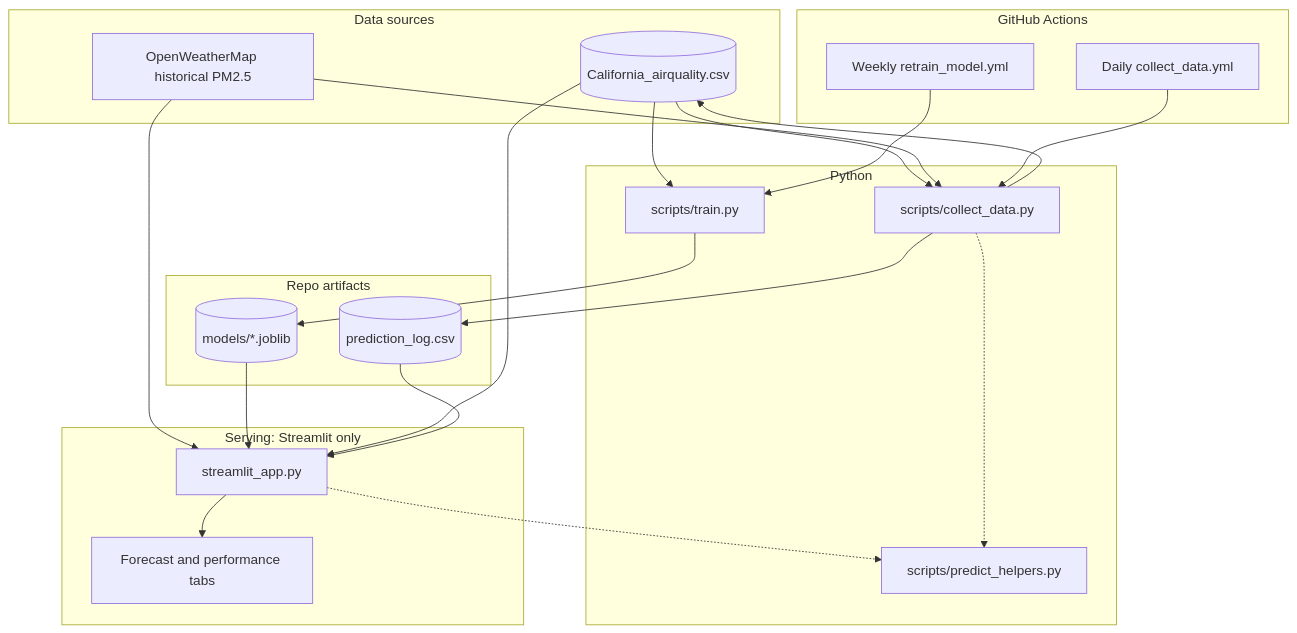
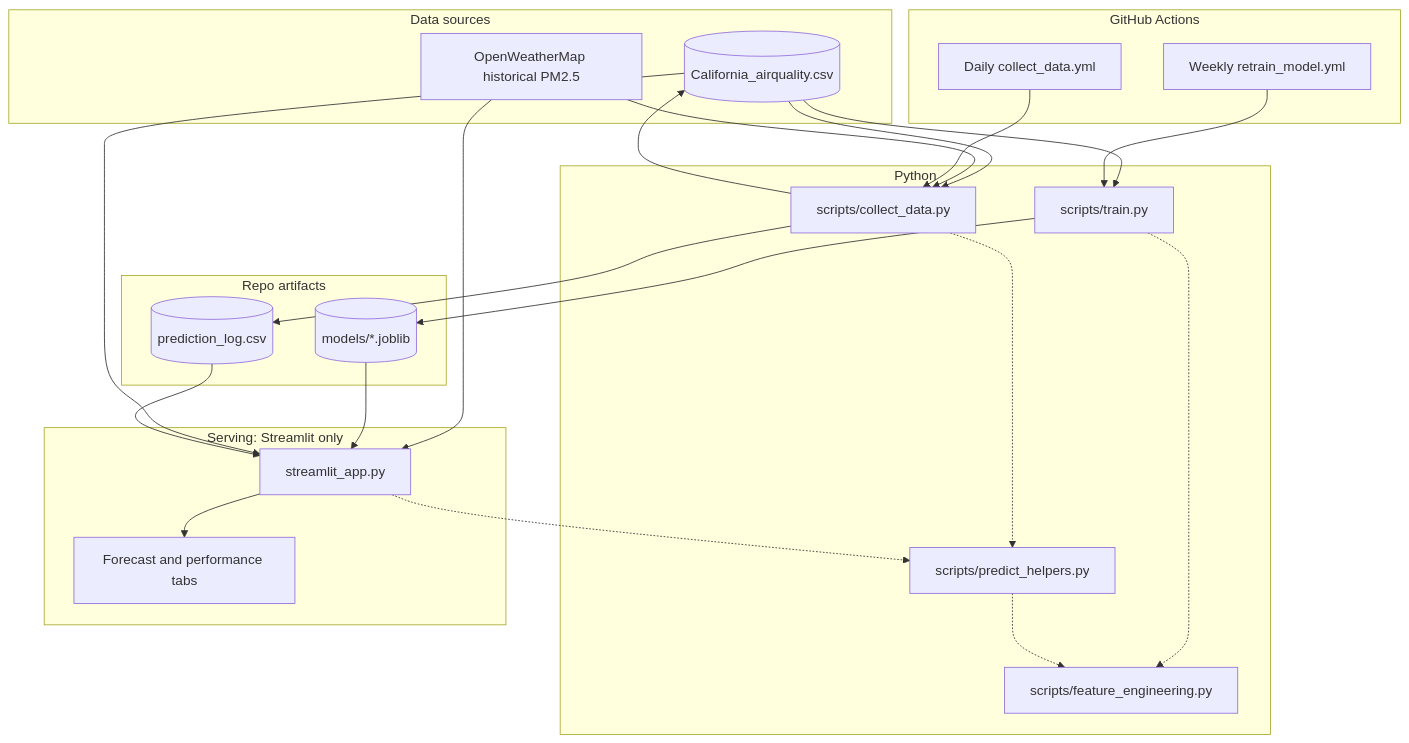
One commit to LakshyaShrivastava/AQI-Predictor-app changed the diagram in README.md. Above: the diagram before and after it, drawn with Mermaid. The commit also changed other lines of this file and 14 other files, not shown here.

First line of the commit message:
Add pytest CI, shared feature engineering, and offline evaluation

````diff
--- a/README.md
+++ b/README.md
@@ -19,47 +19,50 @@
 ```mermaid
 flowchart TB
   subgraph sources["Data sources"]
     CSV[(California_airquality.csv)]
     OWM[OpenWeatherMap historical PM2.5]
   end
 
   subgraph automation["GitHub Actions"]
     GA_DAILY[Daily collect_data.yml]
     GA_WEEK[Weekly retrain_model.yml]
   end
 
-  subgraph scripts["Python"]
+  subgraph pyLayer["Python"]
     COLLECT[scripts/collect_data.py]
     TRAIN[scripts/train.py]
     HELPERS[scripts/predict_helpers.py]
+    FE[scripts/feature_engineering.py]
   end
 
   subgraph artifacts["Repo artifacts"]
     LOG[(prediction_log.csv)]
     MODELS[(models/*.joblib)]
   end
 
   subgraph app["Serving: Streamlit only"]
     ST[streamlit_app.py]
     UI[Forecast and performance tabs]
   end
 
   CSV --> TRAIN
   CSV --> COLLECT
   OWM --> COLLECT
   GA_DAILY --> COLLECT
   GA_WEEK --> TRAIN
 
   COLLECT --> CSV
   COLLECT --> LOG
   TRAIN --> MODELS
 
   COLLECT -.-> HELPERS
   ST -.-> HELPERS
+  TRAIN -.-> FE
+  HELPERS -.-> FE
 
   OWM --> ST
   MODELS --> ST
   CSV --> ST
   LOG --> ST
   ST --> UI
 ```
````
